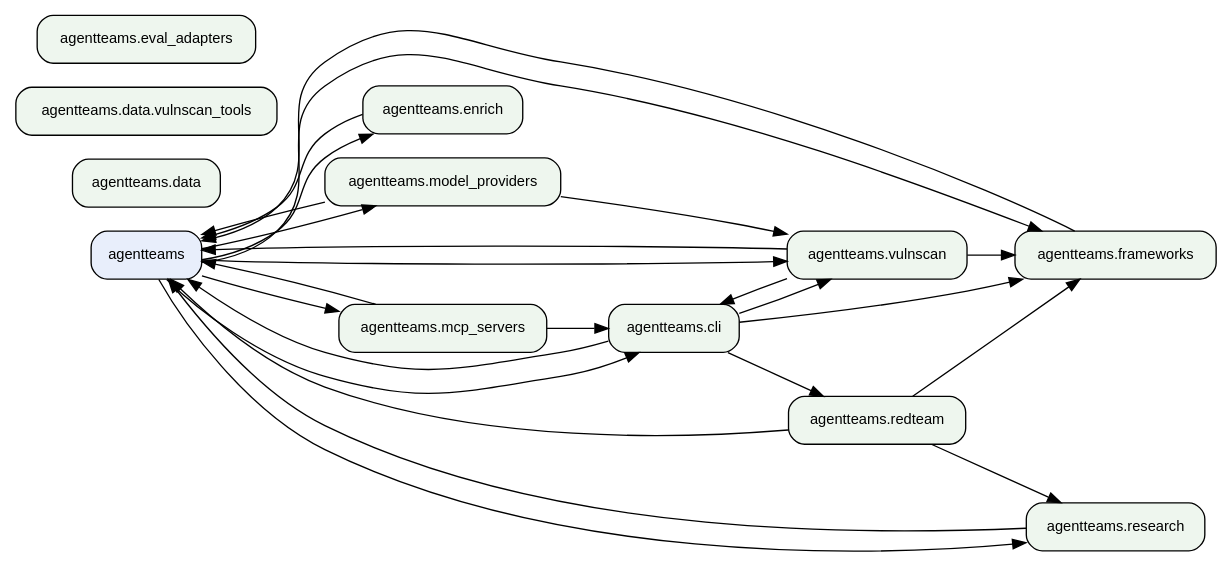
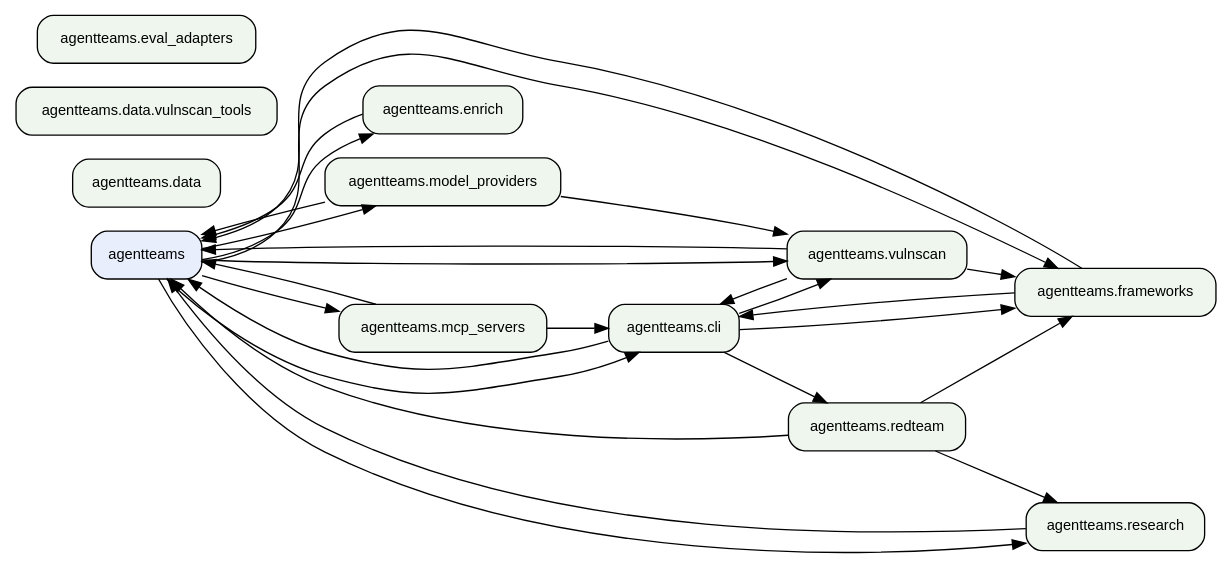
The second of 2 diagrams in references/architecture-graph.md (jlcatonjr/agentteams), drawn with Graphviz before and after one commit. The commit also changed other lines of this file and 35 other files, not shown here.

````diff
--- a/references/architecture-graph.md
+++ b/references/architecture-graph.md
@@ -487,43 +490,44 @@
 ```dot
 digraph "agentteams architecture" {
     rankdir=LR;
     node [fontname="Helvetica", fontsize=11, shape=box, style="rounded,filled", fillcolor="#eef6ee"];
     edge [fontsize=9];
     "agentteams" [fillcolor="#e8eefb"];
     "agentteams.cli" [fillcolor="#eef6ee"];
     "agentteams.data" [fillcolor="#eef6ee"];
     "agentteams.data.vulnscan_tools" [fillcolor="#eef6ee"];
     "agentteams.enrich" [fillcolor="#eef6ee"];
     "agentteams.eval_adapters" [fillcolor="#eef6ee"];
     "agentteams.frameworks" [fillcolor="#eef6ee"];
     "agentteams.mcp_servers" [fillcolor="#eef6ee"];
     "agentteams.model_providers" [fillcolor="#eef6ee"];
     "agentteams.redteam" [fillcolor="#eef6ee"];
     "agentteams.research" [fillcolor="#eef6ee"];
     "agentteams.vulnscan" [fillcolor="#eef6ee"];
     "agentteams" -> "agentteams.cli";
     "agentteams" -> "agentteams.enrich";
     "agentteams" -> "agentteams.frameworks";
     "agentteams" -> "agentteams.mcp_servers";
     "agentteams" -> "agentteams.model_providers";
     "agentteams" -> "agentteams.research";
     "agentteams" -> "agentteams.vulnscan";
     "agentteams.cli" -> "agentteams";
     "agentteams.cli" -> "agentteams.frameworks";
     "agentteams.cli" -> "agentteams.redteam";
     "agentteams.cli" -> "agentteams.vulnscan";
     "agentteams.enrich" -> "agentteams";
     "agentteams.frameworks" -> "agentteams";
+    "agentteams.frameworks" -> "agentteams.cli";
     "agentteams.mcp_servers" -> "agentteams";
     "agentteams.mcp_servers" -> "agentteams.cli";
     "agentteams.model_providers" -> "agentteams";
     "agentteams.model_providers" -> "agentteams.vulnscan";
     "agentteams.redteam" -> "agentteams";
     "agentteams.redteam" -> "agentteams.frameworks";
     "agentteams.redteam" -> "agentteams.research";
     "agentteams.research" -> "agentteams";
     "agentteams.vulnscan" -> "agentteams";
     "agentteams.vulnscan" -> "agentteams.cli";
     "agentteams.vulnscan" -> "agentteams.frameworks";
 }
 ```
````
